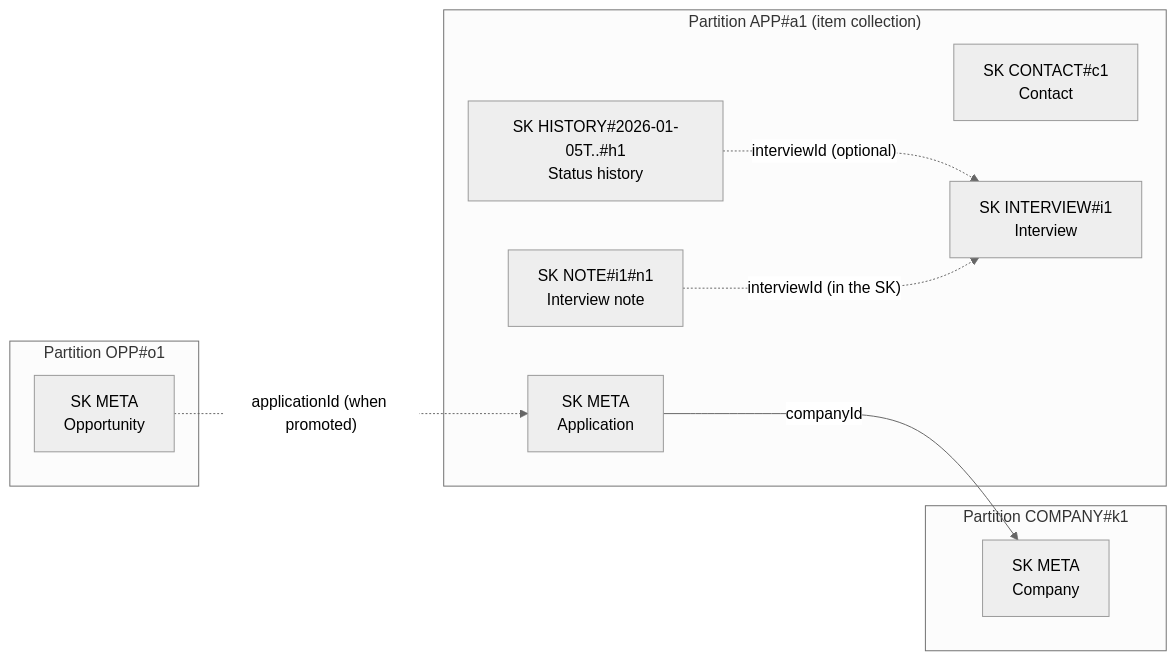
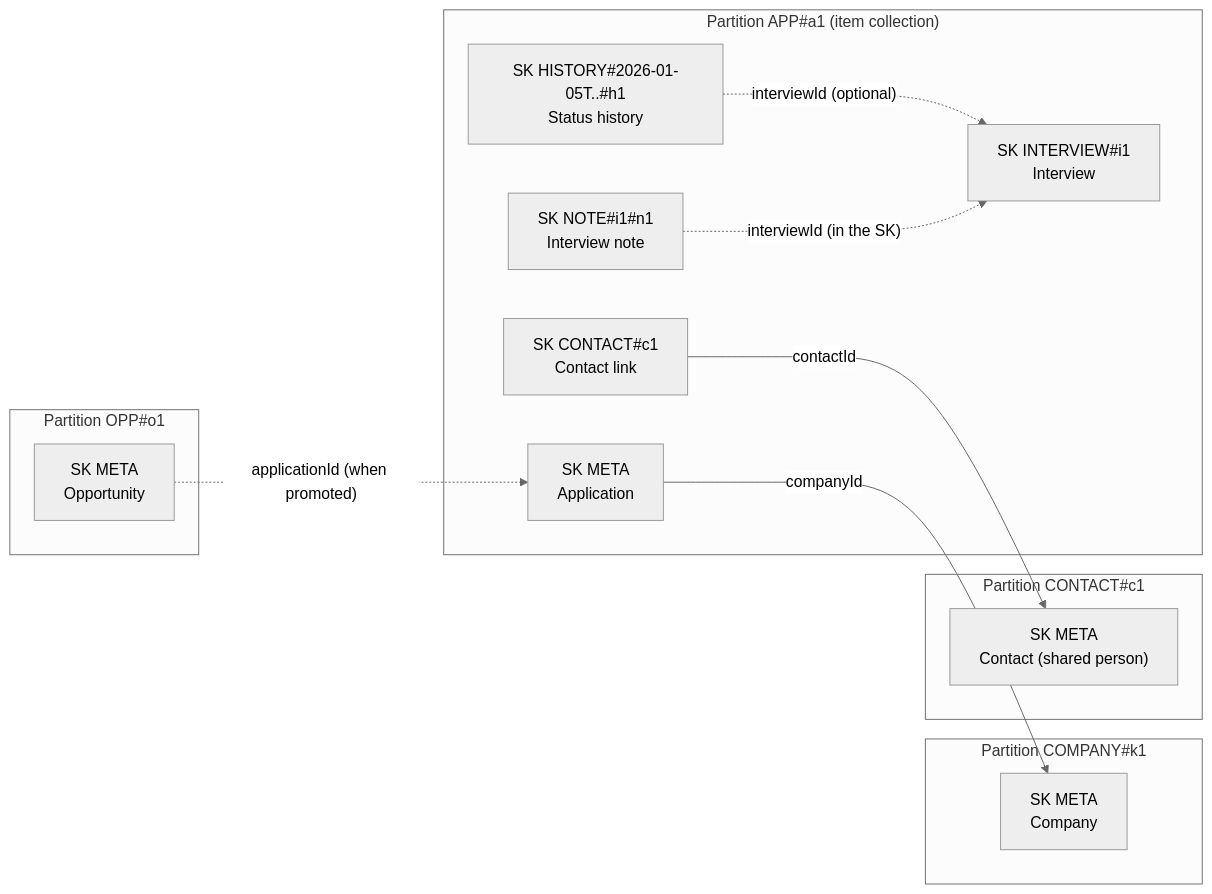
The second of 2 diagrams in docs/DATA-MODEL.md (shayyzhakov/job-tracker), drawn with Mermaid (neutral theme) before and after one commit. The commit also changed other lines of this file and 49 other files, not shown here.

````diff
--- a/docs/DATA-MODEL.md
+++ b/docs/DATA-MODEL.md
@@ -206,20 +212,24 @@
 ```mermaid
 flowchart LR
     subgraph P1["Partition APP#a1 (item collection)"]
         A["SK META<br/>Application"]
-        C1["SK CONTACT#c1<br/>Contact"]
+        C1["SK CONTACT#c1<br/>Contact link"]
         I1["SK INTERVIEW#i1<br/>Interview"]
         N1["SK NOTE#i1#n1<br/>Interview note"]
         H1["SK HISTORY#2026-01-05T..#h1<br/>Status history"]
     end
     subgraph P2["Partition COMPANY#k1"]
         K["SK META<br/>Company"]
     end
+    subgraph P4["Partition CONTACT#c1"]
+        CT["SK META<br/>Contact (shared person)"]
+    end
     subgraph P3["Partition OPP#o1"]
         O["SK META<br/>Opportunity"]
     end
     A -- "companyId" --> K
+    C1 -- "contactId" --> CT
     O -. "applicationId (when promoted)" .-> A
     H1 -. "interviewId (optional)" .-> I1
     N1 -. "interviewId (in the SK)" .-> I1
 ```
````
